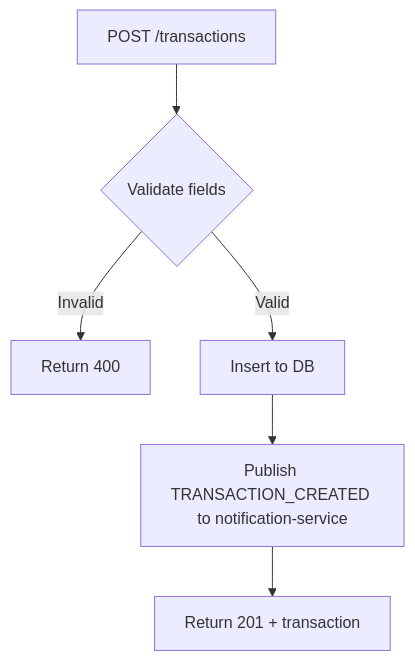
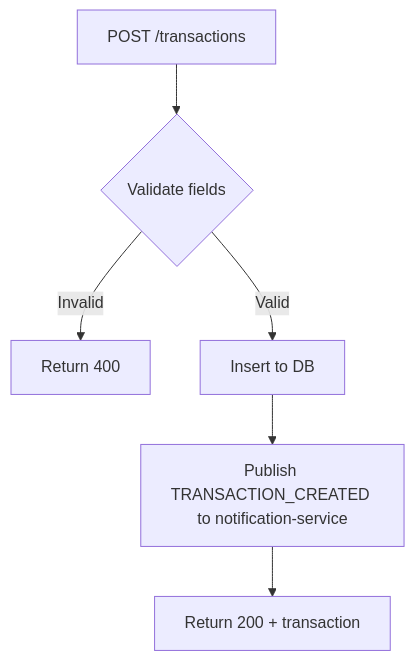
Before and after one commit to phanduy2310/Financial-Management: the fifth of 8 diagrams in docs/analysis-and-design-ddd.md, drawn with Mermaid. The commit also changed other lines of this file and 2 other files, not shown here.

Commit message:
docs: update system architecture

````diff
--- a/docs/analysis-and-design-ddd.md
+++ b/docs/analysis-and-design-ddd.md
@@ -368,8 +325,8 @@
 ```mermaid
 flowchart TD
     A[POST /transactions] --> B{Validate fields}
     B -->|Invalid| C[Return 400]
     B -->|Valid| D[Insert to DB]
     D --> E[Publish TRANSACTION_CREATED to notification-service]
-    E --> F[Return 201 + transaction]
+    E --> F[Return 200 + transaction]
 ```
````
